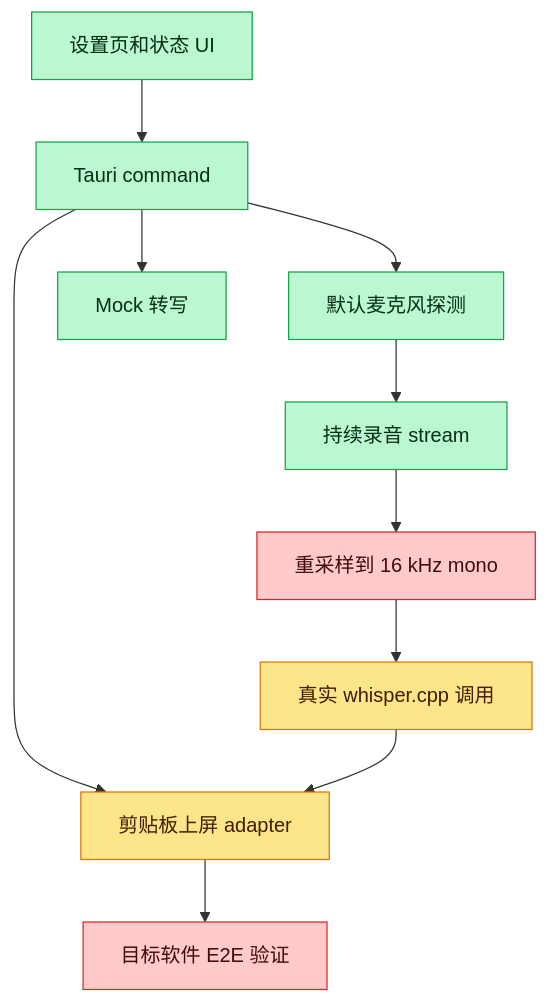
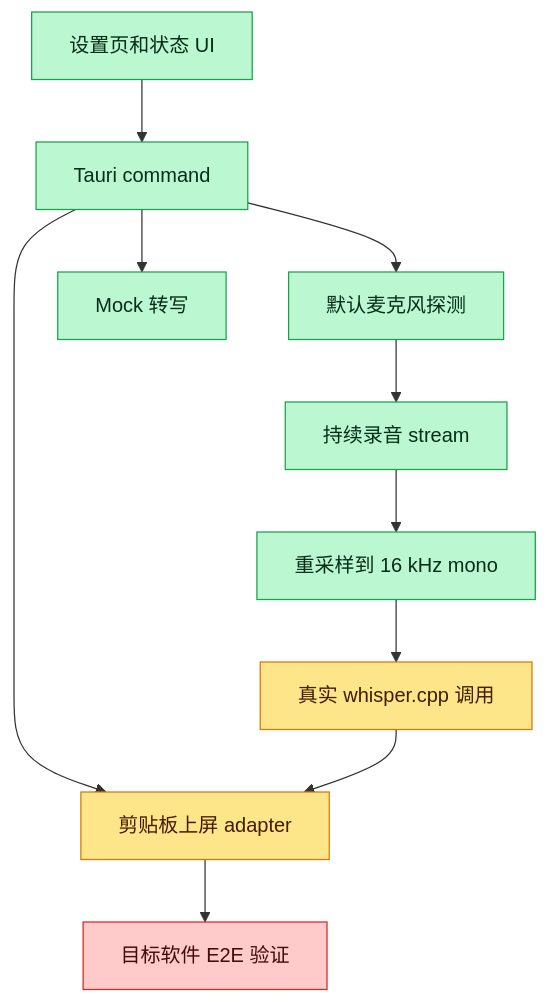
One commit to snowcraneww/vox-type changed the fourth of 4 diagrams in docs/guide/code-walkthrough.md. Above: the diagram before and after it, drawn with Mermaid. The commit also changed other lines of this file and 8 other files, not shown here.

````diff
--- a/docs/guide/code-walkthrough.md
+++ b/docs/guide/code-walkthrough.md
@@ -261,16 +264,16 @@
 ```mermaid
 flowchart TD
   classDef done fill:#bbf7d0,stroke:#16a34a,color:#052e16
   classDef missing fill:#fecaca,stroke:#dc2626,color:#450a0a
   classDef partial fill:#fde68a,stroke:#d97706,color:#451a03
 
   A[设置页和状态 UI]:::done --> B[Tauri command]:::done
   B --> C[默认麦克风探测]:::done
   B --> D[Mock 转写]:::done
   B --> E[剪贴板上屏 adapter]:::partial
   C --> F[持续录音 stream]:::done
-  F --> G[重采样到 16 kHz mono]:::missing
+  F --> G[重采样到 16 kHz mono]:::done
   G --> H[真实 whisper.cpp 调用]:::partial
   H --> E
   E --> I[目标软件 E2E 验证]:::missing
 ```
````
